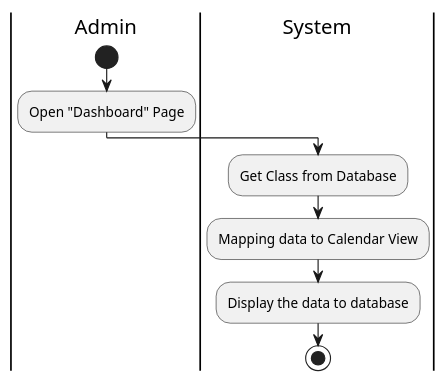
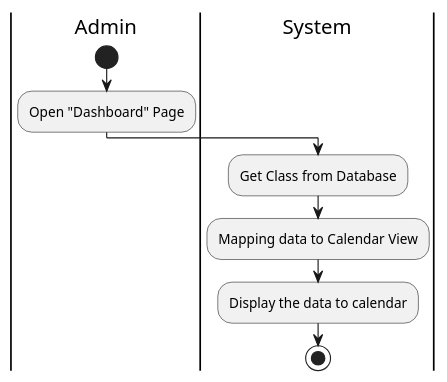
The diagram in Activity/Release03/GetCalendar.wsd (fwidjaya20/fazzlearning-uml), drawn with PlantUML before and after one commit. The commit also changed 1 other file, not shown here.

```diff
--- a/Activity/Release03/GetCalendar.wsd
+++ b/Activity/Release03/GetCalendar.wsd
@@ -1,19 +1,19 @@
 @startuml GetCalendar
 
 skinparam ConditionEndStyle hline
 skinparam conditionStyle diamond
 skinparam Monochrome true
 skinparam Shadowing false
 
 |Admin|
 start
 :Open "Dashboard" Page;
 
 |System|
 :Get Class from Database;
 :Mapping data to Calendar View;
-:Display the data to database;
+:Display the data to calendar;
 
 stop
 
 @enduml
```
